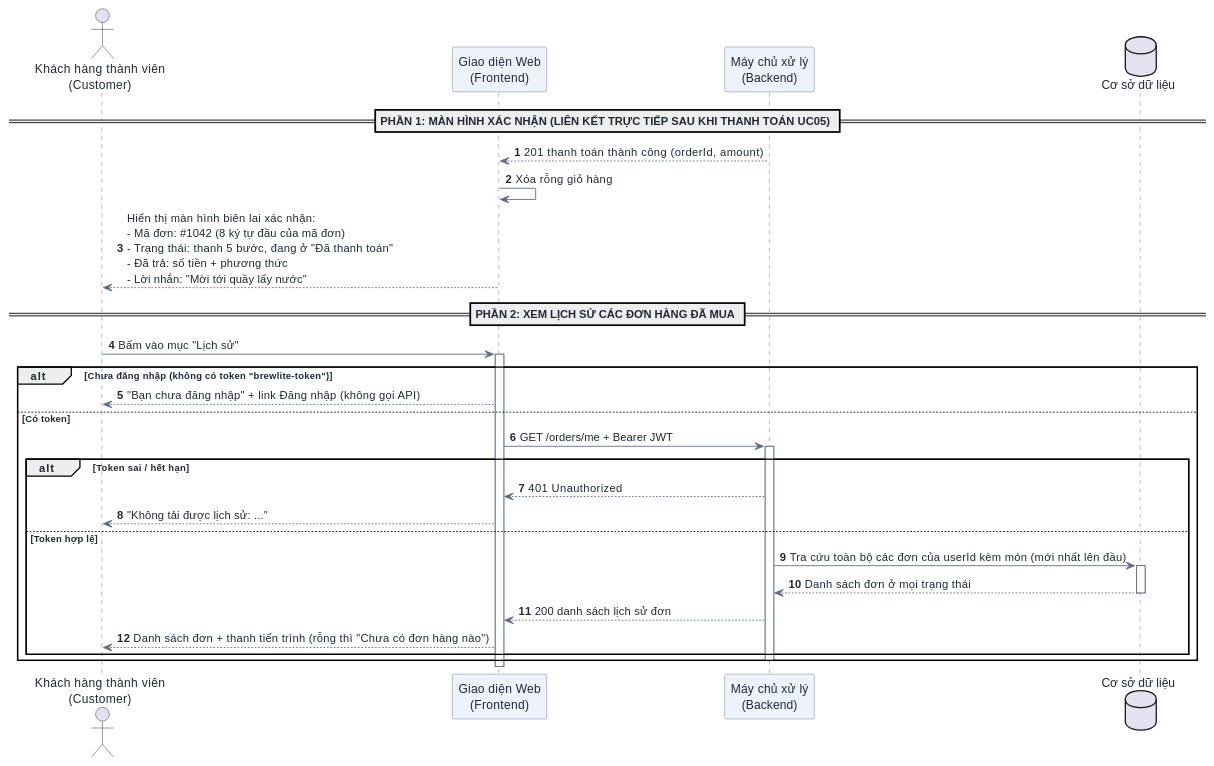
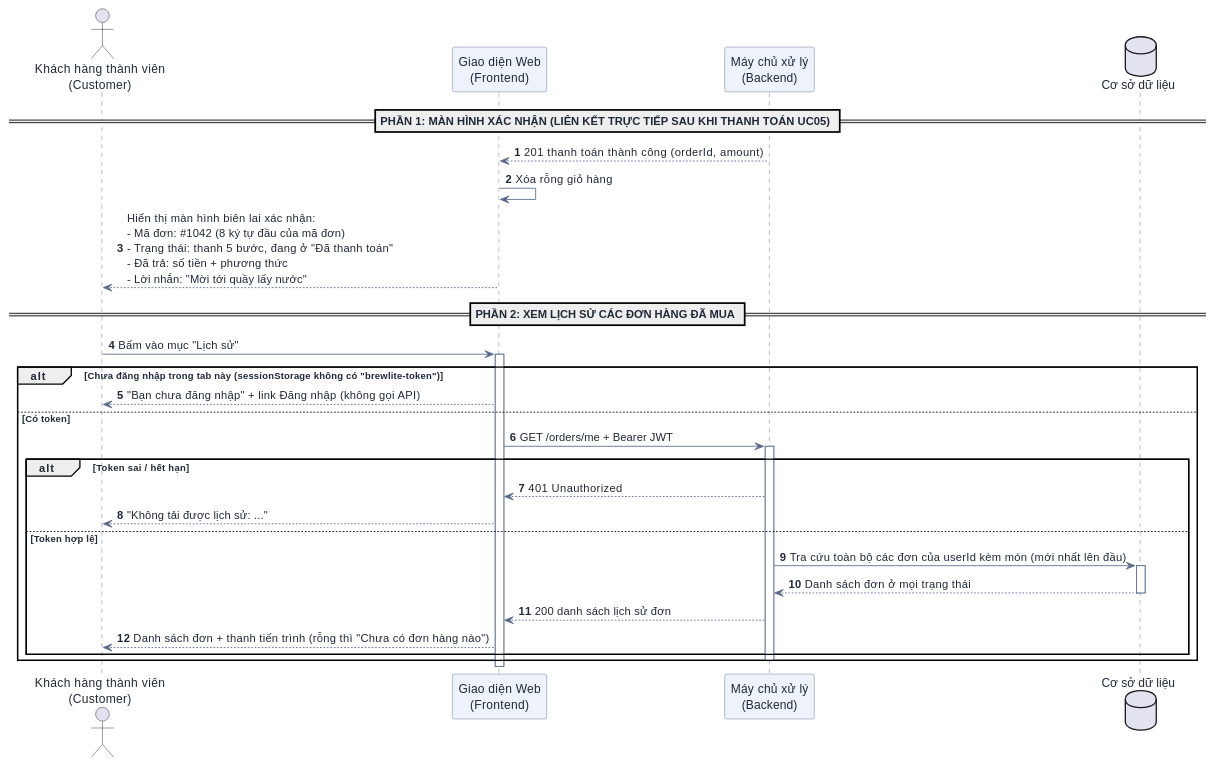
One commit to DuVinhLoi/BrewLite changed the seventh of 9 diagrams in docs/user-sequence-specifications.md. Above: the diagram before and after it, drawn with PlantUML. The commit also changed other lines of this file and 7 other files, not shown here.

First line of the commit message:
fix(frontend): moi tab mot phien dang nhap (token o sessionStorage)

````diff
--- a/docs/user-sequence-specifications.md
+++ b/docs/user-sequence-specifications.md
@@ -653,43 +654,43 @@
 ```plantuml
 @startuml
 skinparam DefaultFontColor #1f2937
 skinparam ArrowColor #5b6b8c
 skinparam SequenceParticipantBackgroundColor #eef2fb
 skinparam SequenceParticipantBorderColor #5b6b8c
 skinparam SequenceLifeLineBorderColor #5b6b8c
 
 autonumber
 actor "Khách hàng thành viên\n(Customer)" as User
 participant "Giao diện Web\n(Frontend)" as FE
 participant "Máy chủ xử lý\n(Backend)" as BE
 database "Cơ sở dữ liệu" as DB
 
 == PHẦN 1: MÀN HÌNH XÁC NHẬN (LIÊN KẾT TRỰC TIẾP SAU KHI THANH TOÁN UC05) ==
 BE --> FE : 201 thanh toán thành công (orderId, amount)
 FE -> FE : Xóa rỗng giỏ hàng
 FE --> User : Hiển thị màn hình biên lai xác nhận:\n- Mã đơn: #1042 (8 ký tự đầu của mã đơn)\n- Trạng thái: thanh 5 bước, đang ở "Đã thanh toán"\n- Đã trả: số tiền + phương thức\n- Lời nhắn: "Mời tới quầy lấy nước"
 
 == PHẦN 2: XEM LỊCH SỬ CÁC ĐƠN HÀNG ĐÃ MUA ==
 User -> FE : Bấm vào mục "Lịch sử"
 activate FE
-alt Chưa đăng nhập (không có token "brewlite-token")
+alt Chưa đăng nhập trong tab này (sessionStorage không có "brewlite-token")
     FE --> User : "Bạn chưa đăng nhập" + link Đăng nhập (không gọi API)
 else Có token
     FE -> BE : GET /orders/me + Bearer JWT
     activate BE
     alt Token sai / hết hạn
         BE --> FE : 401 Unauthorized
         FE --> User : "Không tải được lịch sử: ..."
     else Token hợp lệ
         BE -> DB : Tra cứu toàn bộ các đơn của userId kèm món (mới nhất lên đầu)
         activate DB
         DB --> BE : Danh sách đơn ở mọi trạng thái
         deactivate DB
         BE --> FE : 200 danh sách lịch sử đơn
         FE --> User : Danh sách đơn + thanh tiến trình (rỗng thì "Chưa có đơn hàng nào")
     end
     deactivate BE
 end
 deactivate FE
 @enduml
 ```
````
